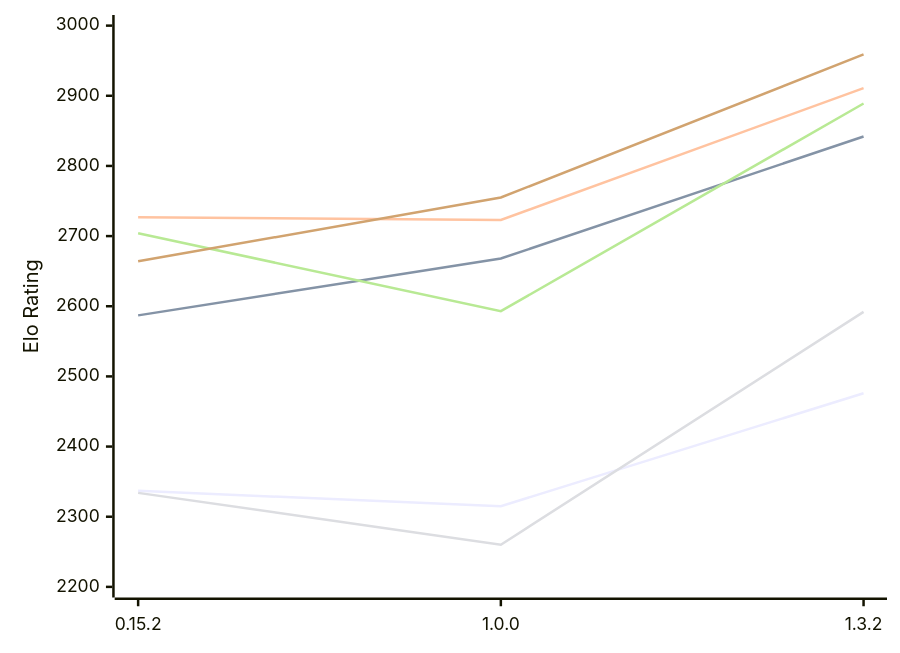
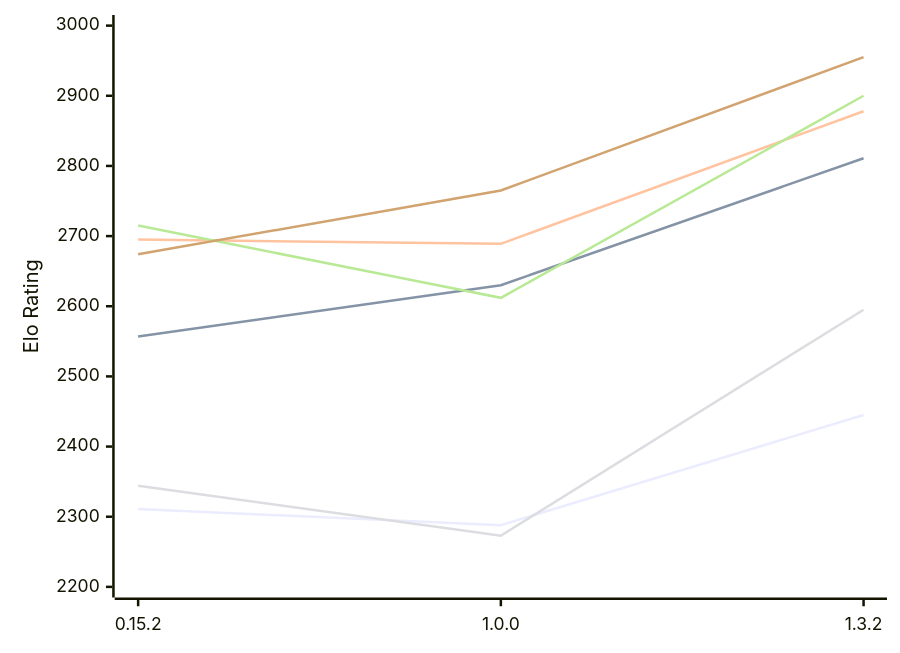
One commit to computer-chess-index/cci changed the diagram in engines/ElephantGambit.md. Above: the diagram before and after it, drawn with Mermaid. The commit also changed other lines of this file, not shown here.

Commit message:
Update CCI Ratings (ELO VLTC) - 2026-11-12

````diff
--- a/engines/ElephantGambit.md
+++ b/engines/ElephantGambit.md
@@ -52,12 +52,12 @@
 ```mermaid
 %%{init: {"theme":"base","themeVariables":{"seriesColors:['#a3a3a3','#222221','#faa371']}}}%%
 xychart-beta
   x-axis ["0.15.2", "1.0.0", "1.3.2"]
   y-axis "Elo Rating" 2200 --> 3000
-  line "E1: STC (8.0+0.08s)" [2337, 2315, 2476]
-  line "E1: LTC (60.0+0.60s)" [2587, 2668, 2842]
-  line "E1: VLTC (2m24s+1.12s)" [2727, 2723, 2911]
-  line "P1: STC (8.0+0.08s)" [2334, 2260, 2592]
-  line "P1: LTC (60.0+0.60s)" [2704, 2593, 2889]
-  line "P1: VLTC (2m24s+1.12s)" [2664, 2755, 2959]
+  line "E1: STC (8.0+0.08s)" [2311, 2288, 2445]
+  line "E1: LTC (60.0+0.60s)" [2557, 2630, 2811]
+  line "E1: VLTC (2m24s+1.12s)" [2695, 2689, 2878]
+  line "P1: STC (8.0+0.08s)" [2344, 2273, 2595]
+  line "P1: LTC (60.0+0.60s)" [2715, 2612, 2900]
+  line "P1: VLTC (2m24s+1.12s)" [2674, 2765, 2955]
 ```
````
